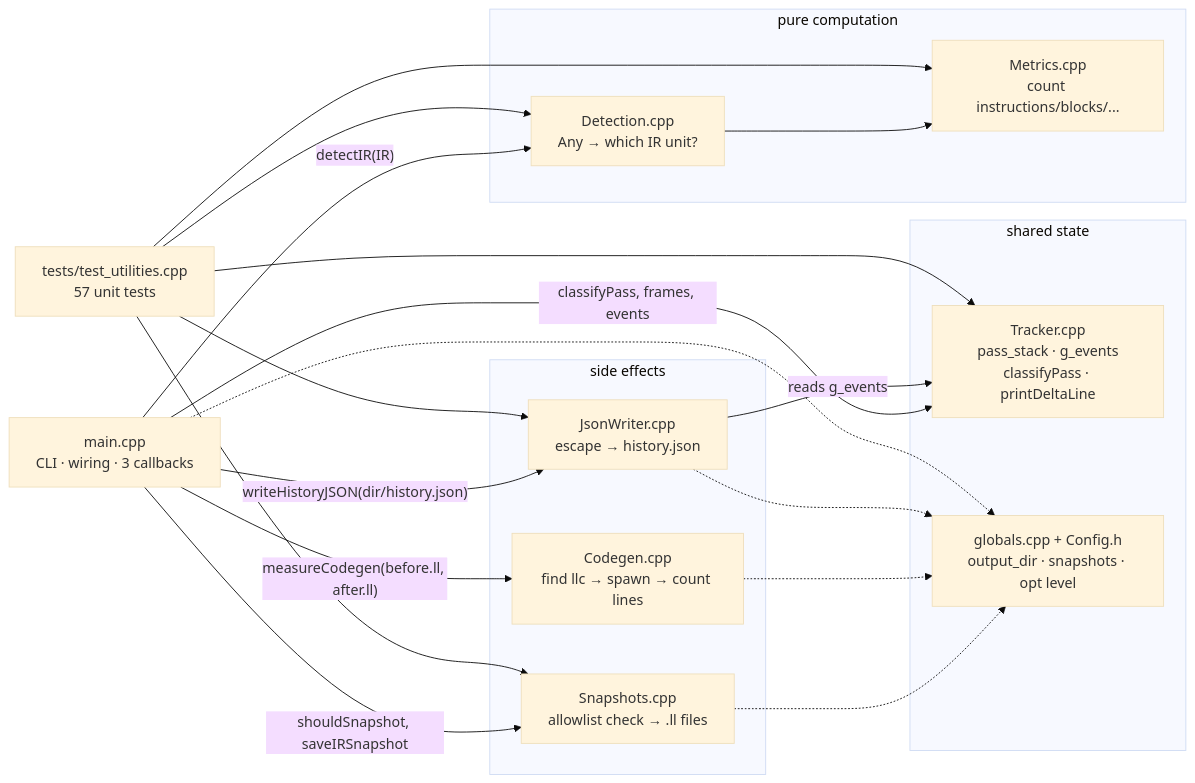
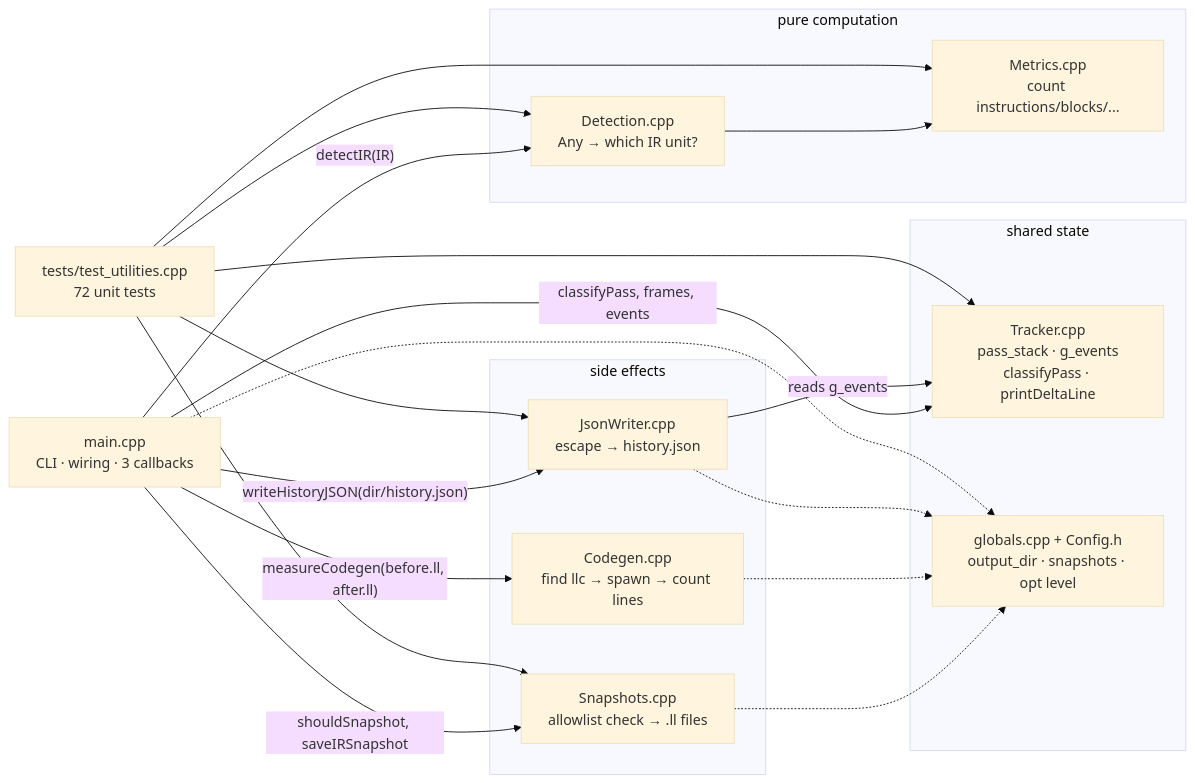
One commit to rithesh-4/LPTA changed the third of 3 diagrams in docs/architecture/DATA_FLOW.md. Above: the diagram before and after it, drawn with Mermaid (base theme). The commit also changed other lines of this file and 13 other files, not shown here.

````diff
--- a/docs/architecture/DATA_FLOW.md
+++ b/docs/architecture/DATA_FLOW.md
@@ -125,39 +125,39 @@
 ```mermaid
 flowchart LR
     MAIN["main.cpp<br/>CLI · wiring · 3 callbacks"]
 
     subgraph COMPUTE["pure computation"]
         DETC["Detection.cpp<br/>Any → which IR unit?"]
         METC["Metrics.cpp<br/>count instructions/blocks/..."]
     end
 
     subgraph STATE["shared state"]
         TRK["Tracker.cpp<br/>pass_stack · g_events<br/>classifyPass · printDeltaLine"]
         GLB["globals.cpp + Config.h<br/>output_dir · snapshots · opt level"]
     end
 
     subgraph SIDE["side effects"]
         SNAP["Snapshots.cpp<br/>allowlist check → .ll files"]
         CODE["Codegen.cpp<br/>find llc → spawn → count lines"]
         JW["JsonWriter.cpp<br/>escape → history.json"]
     end
 
-    TEST["tests/test_utilities.cpp<br/>57 unit tests"]
+    TEST["tests/test_utilities.cpp<br/>72 unit tests"]
 
     MAIN -->|"detectIR(IR)"| DETC
     DETC --> METC
     MAIN -->|"classifyPass, frames, events"| TRK
     MAIN -->|"shouldSnapshot, saveIRSnapshot"| SNAP
     MAIN -->|"measureCodegen(before.ll, after.ll)"| CODE
     MAIN -->|"writeHistoryJSON(dir/history.json)"| JW
     JW -->|"reads g_events"| TRK
     SNAP -.-> GLB
     CODE -.-> GLB
     JW -.-> GLB
     MAIN -.-> GLB
     TEST --> METC
     TEST --> TRK
     TEST --> JW
     TEST --> SNAP
     TEST --> DETC
 ```
````
